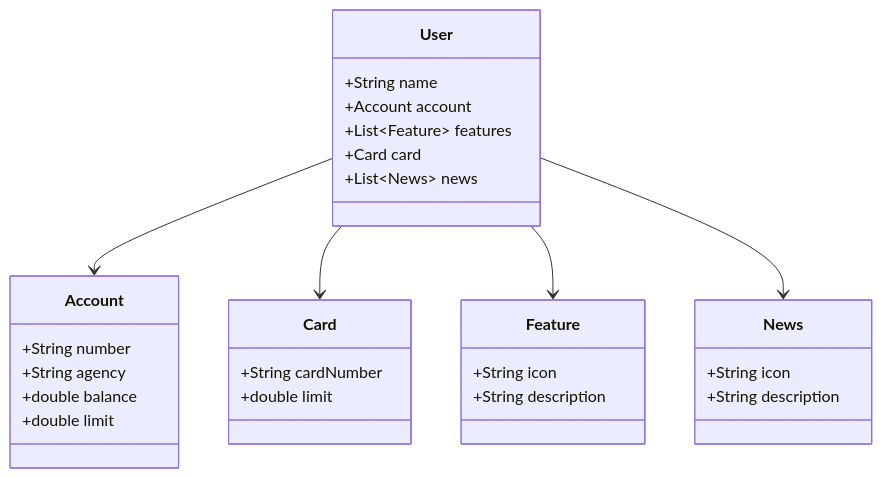
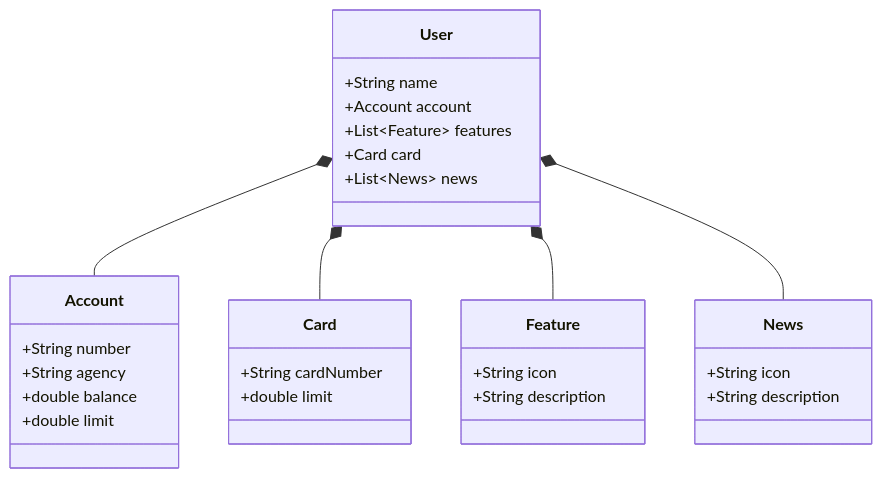
One commit to andreyrosa/santander-dev-week changed the diagram in README.md. Above: the diagram before and after it, drawn with Mermaid.

````diff
--- a/README.md
+++ b/README.md
@@ -6,37 +6,37 @@
 ```mermaid
 classDiagram
     class User {
         +String name
         +Account account
         +List~Feature~ features
         +Card card
         +List~News~ news
     }
 
     class Account {
         +String number
         +String agency
         +double balance
         +double limit
     }
 
     class Feature {
         +String icon
         +String description
     }
 
     class Card {
         +String cardNumber
         +double limit
     }
 
     class News {
         +String icon
         +String description
     }
 
-    User --> Account
-    User --> Card
-    User --> Feature
-    User --> News
+    User *-- Account
+    User *-- Card
+    User *-- Feature
+    User *-- News
 ```
````
